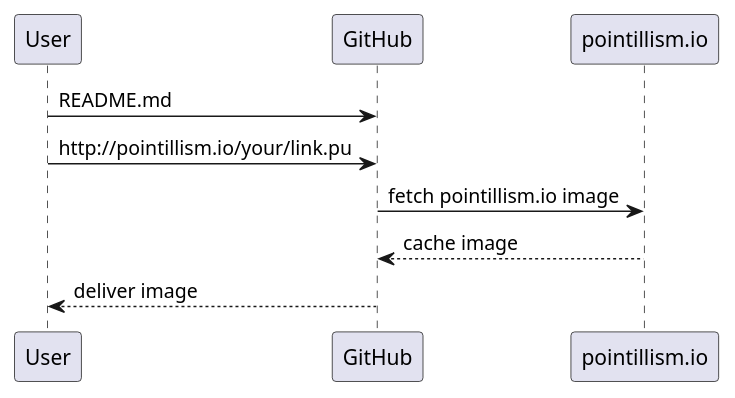
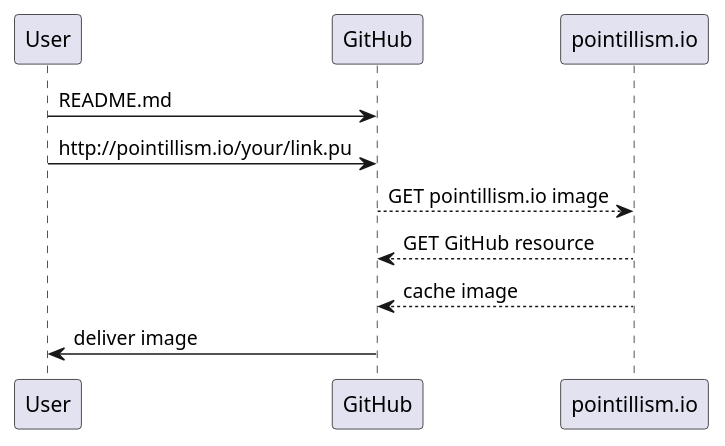
Before and after one commit to trevorgrayson/pointillism: the diagram in resources/plant/pointillism.pu, drawn with PlantUML.

Commit message:
pointillism.pu updates

```diff
--- a/resources/plant/pointillism.pu
+++ b/resources/plant/pointillism.pu
@@ -1,7 +1,8 @@
 @startuml
 User -> GitHub: README.md
 User -> GitHub: http://pointillism.io/your/link.pu
-GitHub -> pointillism.io: fetch pointillism.io image
+GitHub --> pointillism.io: GET pointillism.io image
+GitHub <-- pointillism.io: GET GitHub resource
 GitHub <-- pointillism.io: cache image
-User <-- GitHub: deliver image
+User <- GitHub: deliver image
 @enduml
```
